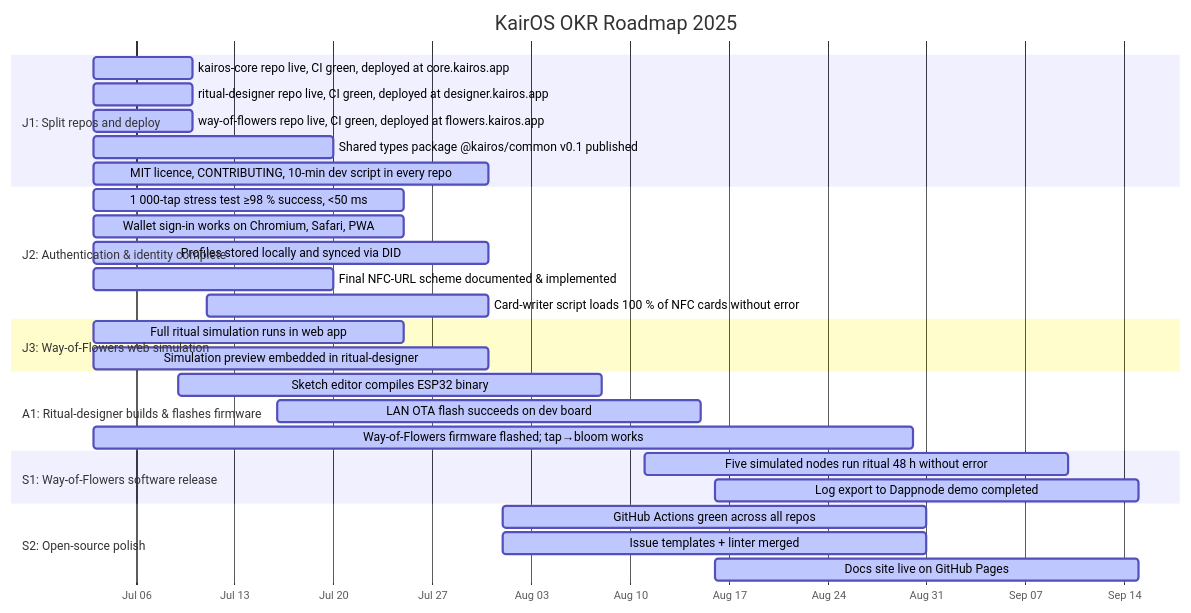
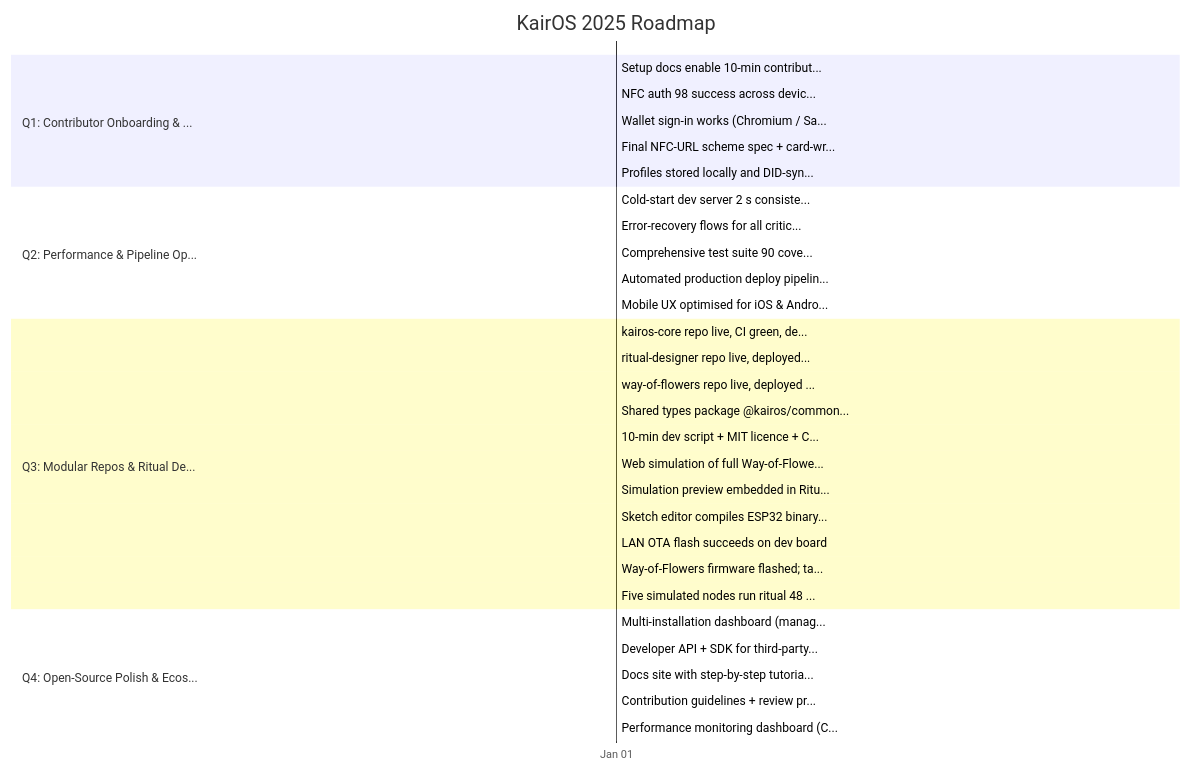
Before and after one commit to bradleycr/kairos-okr-roadmap: the diagram in ROADMAP.md, drawn with Mermaid. The commit also changed other lines of this file and 4 other files, not shown here.

First line of the commit message:
Replace Interactive HTML with Beautiful Markdown Roadmap

````diff
--- a/ROADMAP.md
+++ b/ROADMAP.md
@@ -10,39 +128,37 @@
 ```mermaid
 gantt
-    title KairOS OKR Roadmap 2025
+    title KairOS 2025 Roadmap
     dateFormat YYYY-MM-DD
     axisFormat %b %d
-
-    section J1: Split repos and deploy
-    kairos-core repo live, CI green, deployed at core.kairos.app :active, J1a, 2025-07-03, 2025-07-10
-    ritual-designer repo live, CI green, deployed at designer.kairos.app :active, J1b, 2025-07-03, 2025-07-10
-    way-of-flowers repo live, CI green, deployed at flowers.kairos.app :active, J1c, 2025-07-03, 2025-07-10
-    Shared types package @kairos/common v0.1 published :active, J1d, 2025-07-03, 2025-07-20
-    MIT licence, CONTRIBUTING, 10-min dev script in every repo :active, J1e, 2025-07-03, 2025-07-31
-
-    section J2: Authentication & identity complete
-    1 000-tap stress test ≥98 % success, <50 ms :active, J2a, 2025-07-03, 2025-07-25
-    Wallet sign-in works on Chromium, Safari, PWA :active, J2b, 2025-07-03, 2025-07-25
-    Profiles stored locally and synced via DID :active, J2c, 2025-07-03, 2025-07-31
-    Final NFC-URL scheme documented & implemented :active, J2d, 2025-07-03, 2025-07-20
-    Card-writer script loads 100 % of NFC cards without error :active, J2e, 2025-07-11, 2025-07-31
-
-    section J3: Way-of-Flowers web simulation
-    Full ritual simulation runs in web app :active, J3a, 2025-07-03, 2025-07-25
-    Simulation preview embedded in ritual-designer :active, J3b, 2025-07-03, 2025-07-31
-
-    section A1: Ritual-designer builds & flashes firmware
-    Sketch editor compiles ESP32 binary :active, A1a, 2025-07-09, 2025-08-08
-    LAN OTA flash succeeds on dev board :active, A1b, 2025-07-16, 2025-08-15
-    Way-of-Flowers firmware flashed; tap→bloom works :active, A1c, 2025-07-03, 2025-08-30
-
-    section S1: Way-of-Flowers software release
-    Five simulated nodes run ritual 48 h without error :active, S1a, 2025-08-11, 2025-09-10
-    Log export to Dappnode demo completed :active, S1b, 2025-08-16, 2025-09-15
-
-    section S2: Open-source polish
-    GitHub Actions green across all repos :active, S2a, 2025-08-01, 2025-08-31
-    Issue templates + linter merged :active, S2b, 2025-08-01, 2025-08-31
-    Docs site live on GitHub Pages :active, S2c, 2025-08-16, 2025-09-15
-
+    
+    section Q1: Contributor Onboarding & ...
+    Setup docs enable 10-min contribut... :done, Q1a, 2025-01-01, Wed Jan 15 2025 01:00:00 GMT+0100 (Central European Standard Time)
+    NFC auth 98 success across devic... :done, Q1b, 2025-01-01, Fri Feb 28 2025 01:00:00 GMT+0100 (Central European Standard Time)
+    Wallet sign-in works (Chromium / Sa... :done, Q1c, 2025-01-01, Fri Feb 28 2025 01:00:00 GMT+0100 (Central European Standard Time)
+    Final NFC-URL scheme spec + card-wr... :done, Q1d, 2025-01-01, Sat Feb 15 2025 01:00:00 GMT+0100 (Central European Standard Time)
+    Profiles stored locally and DID-syn... :done, Q1e, 2025-01-01, Sat Mar 15 2025 01:00:00 GMT+0100 (Central European Standard Time)
+    section Q2: Performance & Pipeline Op...
+    Cold-start dev server 2 s consiste... :done, Q2a, 2025-01-01, Tue Apr 15 2025 02:00:00 GMT+0200 (Central European Summer Time)
+    Error-recovery flows for all critic... :done, Q2b, 2025-01-01, Thu May 15 2025 02:00:00 GMT+0200 (Central European Summer Time)
+    Comprehensive test suite 90 cove... :done, Q2c, 2025-01-01, Sun Jun 15 2025 02:00:00 GMT+0200 (Central European Summer Time)
+    Automated production deploy pipelin... :done, Q2d, 2025-01-01, Mon Jun 30 2025 02:00:00 GMT+0200 (Central European Summer Time)
+    Mobile UX optimised for iOS & Andro... :done, Q2e, 2025-01-01, Mon Jun 30 2025 02:00:00 GMT+0200 (Central European Summer Time)
+    section Q3: Modular Repos & Ritual De...
+    kairos-core repo live, CI green, de... :crit, Q3a, 2025-01-01, Thu Jul 10 2025 02:00:00 GMT+0200 (Central European Summer Time)
+    ritual-designer repo live, deployed... :crit, Q3b, 2025-01-01, Thu Jul 10 2025 02:00:00 GMT+0200 (Central European Summer Time)
+    way-of-flowers repo live, deployed ... :crit, Q3c, 2025-01-01, Thu Jul 10 2025 02:00:00 GMT+0200 (Central European Summer Time)
+    Shared types package @kairos/common... :crit, Q3d, 2025-01-01, Sun Jul 20 2025 02:00:00 GMT+0200 (Central European Summer Time)
+    10-min dev script + MIT licence + C... :crit, Q3e, 2025-01-01, Thu Jul 31 2025 02:00:00 GMT+0200 (Central European Summer Time)
+    Web simulation of full Way-of-Flowe... :crit, Q3f, 2025-01-01, Fri Jul 25 2025 02:00:00 GMT+0200 (Central European Summer Time)
+    Simulation preview embedded in Ritu... :crit, Q3g, 2025-01-01, Thu Jul 31 2025 02:00:00 GMT+0200 (Central European Summer Time)
+    Sketch editor compiles ESP32 binary... :active, Q3h, 2025-01-01, Fri Aug 08 2025 02:00:00 GMT+0200 (Central European Summer Time)
+    LAN OTA flash succeeds on dev board :active, Q3i, 2025-01-01, Fri Aug 15 2025 02:00:00 GMT+0200 (Central European Summer Time)
+    Way-of-Flowers firmware flashed; ta... :active, Q3j, 2025-01-01, Sat Aug 30 2025 02:00:00 GMT+0200 (Central European Summer Time)
+    Five simulated nodes run ritual 48 ... :active, Q3k, 2025-01-01, Wed Sep 10 2025 02:00:00 GMT+0200 (Central European Summer Time)
+    section Q4: Open-Source Polish & Ecos...
+    Multi-installation dashboard (manag... :active, Q4a, 2025-01-01, Sun Nov 30 2025 01:00:00 GMT+0100 (Central European Standard Time)
+    Developer API + SDK for third-party... :active, Q4b, 2025-01-01, Mon Dec 15 2025 01:00:00 GMT+0100 (Central European Standard Time)
+    Docs site with step-by-step tutoria... :active, Q4c, 2025-01-01, Sat Nov 15 2025 01:00:00 GMT+0100 (Central European Standard Time)
+    Contribution guidelines + review pr... :active, Q4d, 2025-01-01, Fri Oct 31 2025 01:00:00 GMT+0100 (Central European Standard Time)
+    Performance monitoring dashboard (C... :active, Q4e, 2025-01-01, Wed Dec 31 2025 01:00:00 GMT+0100 (Central European Standard Time)
 ```
````
